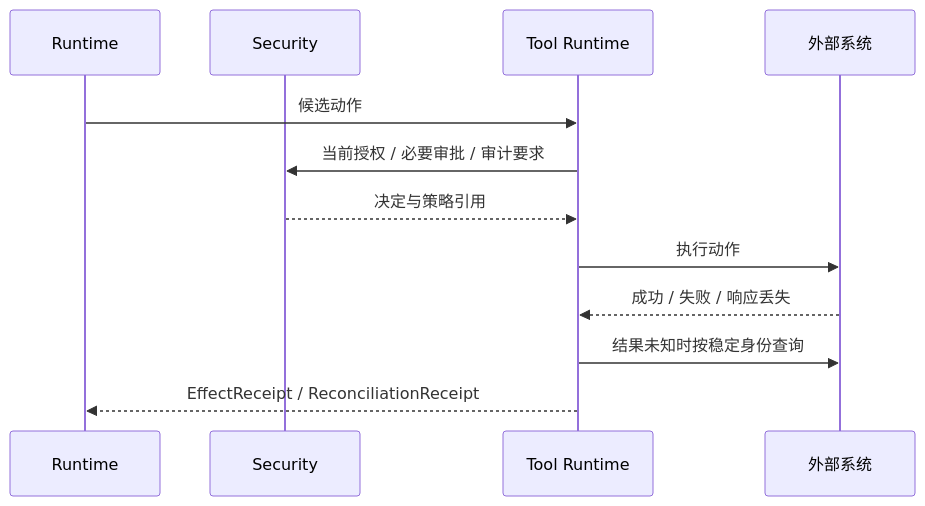
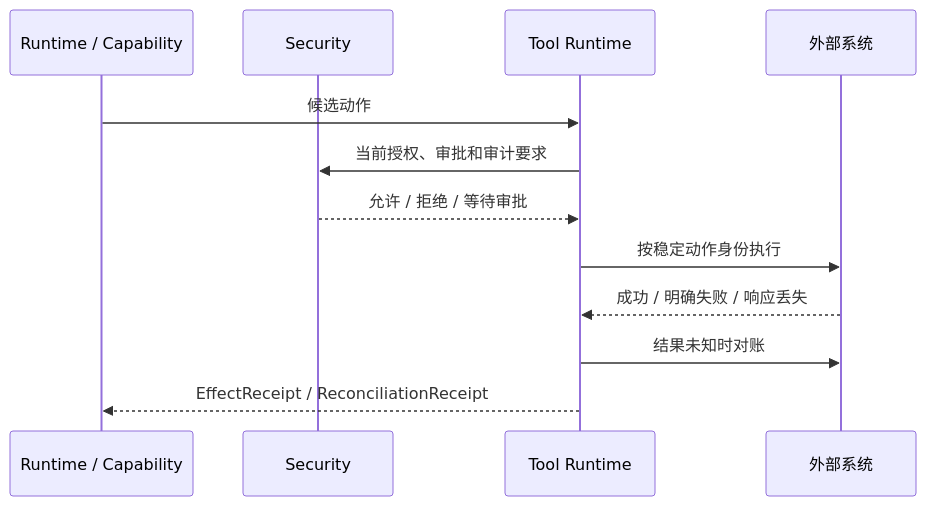
One commit to ProfessorZhi/Zuno changed the third of 5 diagrams in docs/architecture/architecture.md. Above: the diagram before and after it, drawn with Mermaid. The commit also changed other lines of this file, not shown here.

Commit message:
docs: rewrite overall architecture human narrative

````diff
--- a/docs/architecture/architecture.md
+++ b/docs/architecture/architecture.md
@@ -212,14 +236,14 @@
 ```mermaid
 sequenceDiagram
-  participant R as Runtime
+  participant C as Runtime / Capability
   participant S as Security
   participant T as Tool Runtime
   participant X as 外部系统
-  R->>T: 候选动作
-  T->>S: 当前授权 / 必要审批 / 审计要求
-  S-->>T: 决定与策略引用
-  T->>X: 执行动作
-  X-->>T: 成功 / 失败 / 响应丢失
-  T->>X: 结果未知时按稳定身份查询
-  T-->>R: EffectReceipt / ReconciliationReceipt
+  C->>T: 候选动作
+  T->>S: 当前授权、审批和审计要求
+  S-->>T: 允许 / 拒绝 / 等待审批
+  T->>X: 按稳定动作身份执行
+  X-->>T: 成功 / 明确失败 / 响应丢失
+  T->>X: 结果未知时对账
+  T-->>C: EffectReceipt / ReconciliationReceipt
 ```
````
